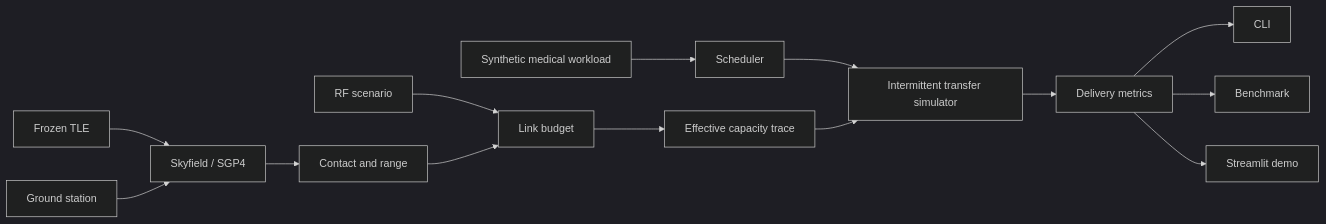
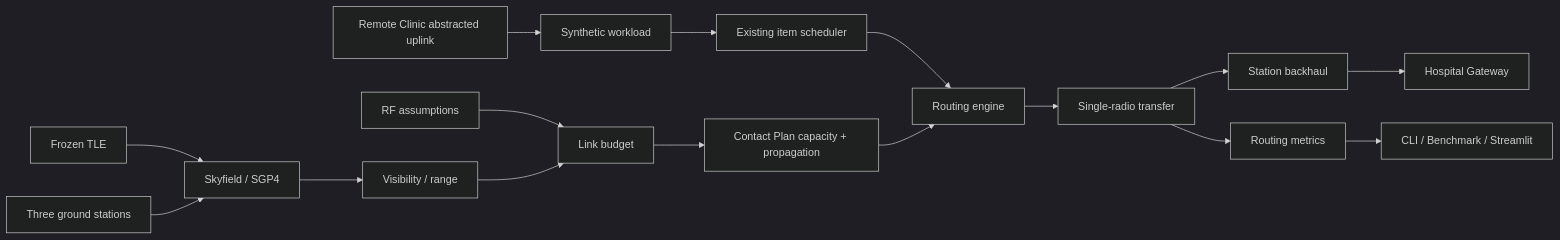
Before and after one commit to dev-yoshitani/medlink-leo: the diagram in docs/architecture.md, drawn with Mermaid (dark theme). The commit also changed other lines of this file and 23 other files, not shown here.

Commit message:
feat: publish routing benchmark and demo

````diff
--- a/docs/architecture.md
+++ b/docs/architecture.md
@@ -6,17 +7,19 @@
 ```mermaid
 flowchart LR
     TLE[Frozen TLE] --> SGP4[Skyfield / SGP4]
-    GS[Ground station] --> SGP4
-    SGP4 --> Contact[Contact and range]
-    RF[RF scenario] --> Budget[Link budget]
-    Contact --> Budget
-    Budget --> Capacity[Effective capacity trace]
+    GS[Three ground stations] --> SGP4
+    SGP4 --> Visibility[Visibility / range]
+    RF[RF assumptions] --> Budget[Link budget]
+    Visibility --> Budget
+    Budget --> Plan[Contact Plan capacity + propagation]
 
-    Workload[Synthetic medical workload] --> Scheduler[Scheduler]
-    Scheduler --> Transfer[Intermittent transfer simulator]
-    Capacity --> Transfer
-    Transfer --> Metrics[Delivery metrics]
-    Metrics --> CLI[CLI]
-    Metrics --> Benchmark[Benchmark]
-    Metrics --> Web[Streamlit demo]
+    Clinic[Remote Clinic abstracted uplink] --> Workload[Synthetic workload]
+    Workload --> Scheduler[Existing item scheduler]
+    Scheduler --> Router[Routing engine]
+    Plan --> Router
+    Router --> Transfer[Single-radio transfer]
+    Transfer --> Backhaul[Station backhaul]
+    Backhaul --> Hospital[Hospital Gateway]
+    Transfer --> Metrics[Routing metrics]
+    Metrics --> Outputs[CLI / Benchmark / Streamlit]
 ```
````
